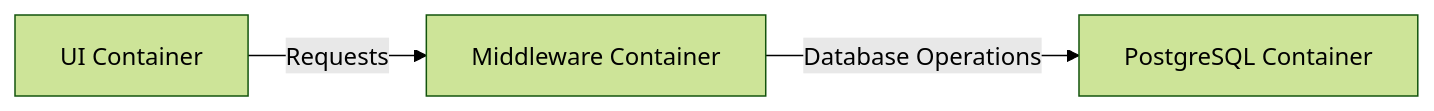
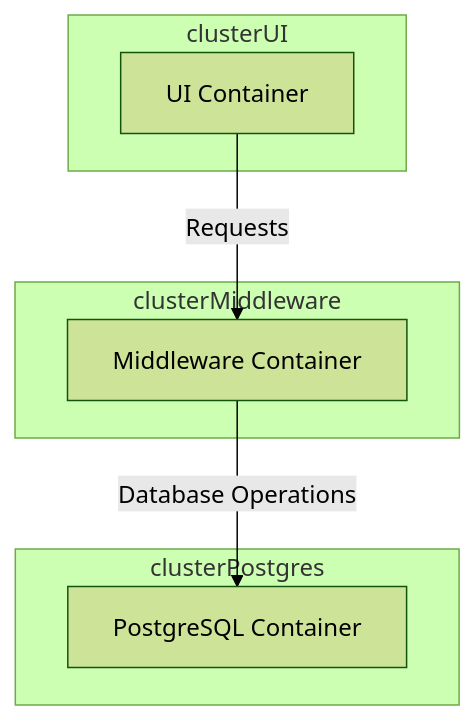
One commit to fi6uh/generated-microservice changed the diagram in README.md. Above: the diagram before and after it, drawn with Mermaid (forest theme).

Commit message:
update mermaid

````diff
--- a/README.md
+++ b/README.md
@@ -7,9 +7,17 @@
 ```mermaid
-graph LR;
-  UI["UI Container"];
-  Middleware["Middleware Container"];
-  Postgres["PostgreSQL Container"];
-  
-  UI -->|Requests| Middleware;
-  Middleware -->|Database Operations| Postgres;
+graph TD
+  subgraph clusterUI
+    UI["UI Container"]
+  end
+
+  subgraph clusterMiddleware
+    Middleware["Middleware Container"]
+  end
+
+  subgraph clusterPostgres
+    Postgres["PostgreSQL Container"]
+  end
+
+  UI -->|Requests| Middleware
+  Middleware -->|Database Operations| Postgres
 ```
````
